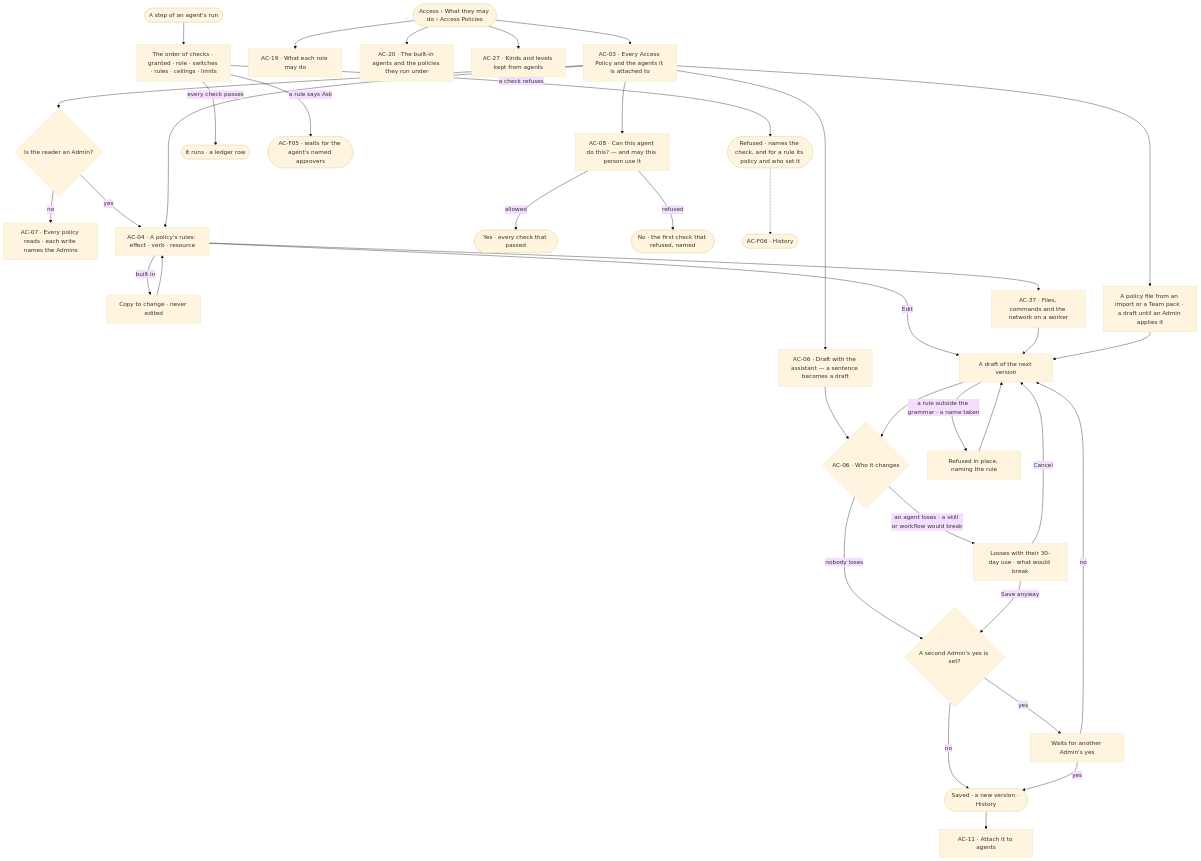
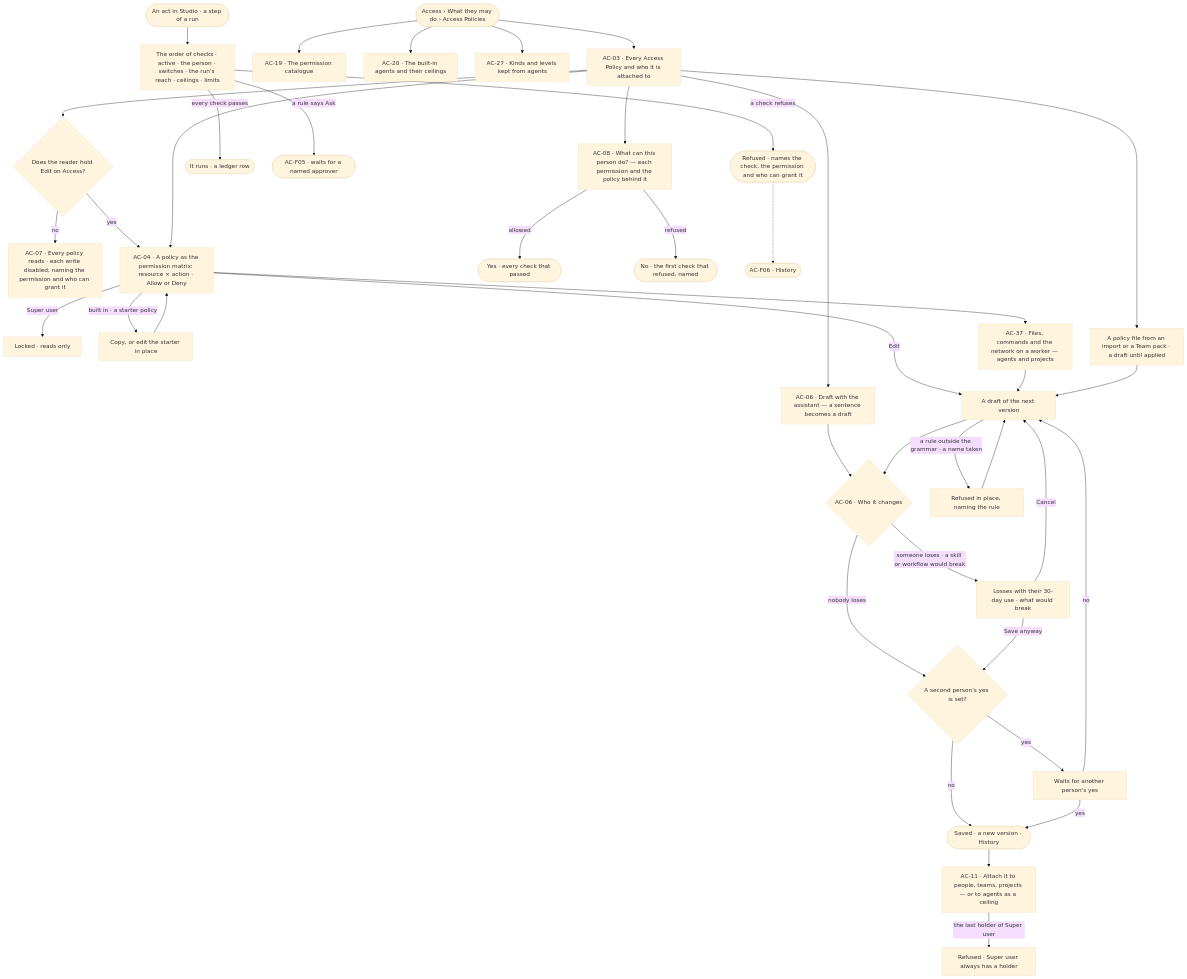
Before and after one commit to invana/invana: the first of 2 diagrams in specs/os/access/features/AC-F02-access-policies/feature.md, drawn with Mermaid (base theme). The commit also changed other lines of this file and 106 other files, not shown here.

First line of the commit message:
docs(specs): access policies replace roles; Agents mode; project access

````diff
--- a/specs/os/access/features/AC-F02-access-policies/feature.md
+++ b/specs/os/access/features/AC-F02-access-policies/feature.md
@@ -29,39 +28,41 @@
 ```mermaid
 flowchart TD
-  start([Access › What they may do › Access Policies]) --> list["AC-03 · Every Access Policy and the agents it is attached to"]
-  list --> who{"Is the reader an Admin?"}
-  who -->|no| ro["AC-07 · Every policy reads · each write names the Admins"]
-  who -->|yes| open["AC-04 · A policy's rules: effect · verb · resource"]
+  start([Access › What they may do › Access Policies]) --> list["AC-03 · Every Access Policy and who it is attached to"]
+  list --> who{"Does the reader hold Edit on Access?"}
+  who -->|no| ro["AC-07 · Every policy reads · each write disabled, naming the permission and who can grant it"]
+  who -->|yes| open["AC-04 · A policy as the permission matrix: resource × action · Allow or Deny"]
   list --> open
-  open -->|built in| copy["Copy to change · never edited"] --> open
-  open --> wk["AC-37 · Files, commands and the network on a worker"]
+  open -->|Super user| lock["Locked · reads only"]
+  open -->|built in · a starter policy| copy["Copy, or edit the starter in place"] --> open
+  open --> wk["AC-37 · Files, commands and the network on a worker — agents and projects"]
   list --> draft["AC-06 · Draft with the assistant — a sentence becomes a draft"]
-  list --> imp0["A policy file from an import or a Team pack · a draft until an Admin applies it"]
+  list --> imp0["A policy file from an import or a Team pack · a draft until applied"]
   open -->|Edit| edit["A draft of the next version"]
   wk --> edit
   imp0 --> edit
   draft --> imp{"AC-06 · Who it changes"}
   edit --> imp
-  imp -->|nobody loses| sv{"A second Admin's yes is set?"}
-  imp -->|an agent loses · a skill or workflow would break| warn["Losses with their 30-day use · what would break"]
+  imp -->|nobody loses| sv{"A second person's yes is set?"}
+  imp -->|someone loses · a skill or workflow would break| warn["Losses with their 30-day use · what would break"]
   warn -->|Save anyway| sv
   warn -->|Cancel| edit
   sv -->|no| save(["Saved · a new version · History"])
-  sv -->|yes| two["Waits for another Admin's yes"]
+  sv -->|yes| two["Waits for another person's yes"]
   two -->|yes| save
   two -->|no| edit
   edit -->|a rule outside the grammar · a name taken| ref["Refused in place, naming the rule"]
   ref --> edit
-  save --> att["AC-11 · Attach it to agents"]
-  list --> chk["AC-08 · Can this agent do this? — and may this person use it"]
+  save --> att["AC-11 · Attach it to people, teams, projects — or to agents as a ceiling"]
+  att -->|the last holder of Super user| lst["Refused · Super user always has a holder"]
+  list --> chk["AC-08 · What can this person do? — each permission and the policy behind it"]
   chk -->|allowed| yes(["Yes · every check that passed"])
   chk -->|refused| no(["No · the first check that refused, named"])
-  start --> roles["AC-19 · What each role may do"]
-  start --> bi["AC-20 · The built-in agents and the policies they run under"]
+  start --> cat["AC-19 · The permission catalogue"]
+  start --> bi["AC-20 · The built-in agents and their ceilings"]
   start --> kept["AC-27 · Kinds and levels kept from agents"]
-  run([A step of an agent's run]) --> order["The order of checks · granted · role · switches · rules · ceilings · limits"]
+  act([An act in Studio · a step of a run]) --> order["The order of checks · active · the person · switches · the run's reach · ceilings · limits"]
   order -->|every check passes| go(["It runs · a ledger row"])
-  order -->|a rule says Ask| askf(["AC-F05 · waits for the agent's named approvers"])
-  order -->|a check refuses| blk(["Refused · names the check, and for a rule its policy and who set it"])
+  order -->|a rule says Ask| askf(["AC-F05 · waits for a named approver"])
+  order -->|a check refuses| blk(["Refused · names the check, the permission and who can grant it"])
   blk -.-> hist(["AC-F06 · History"])
 ```
````
